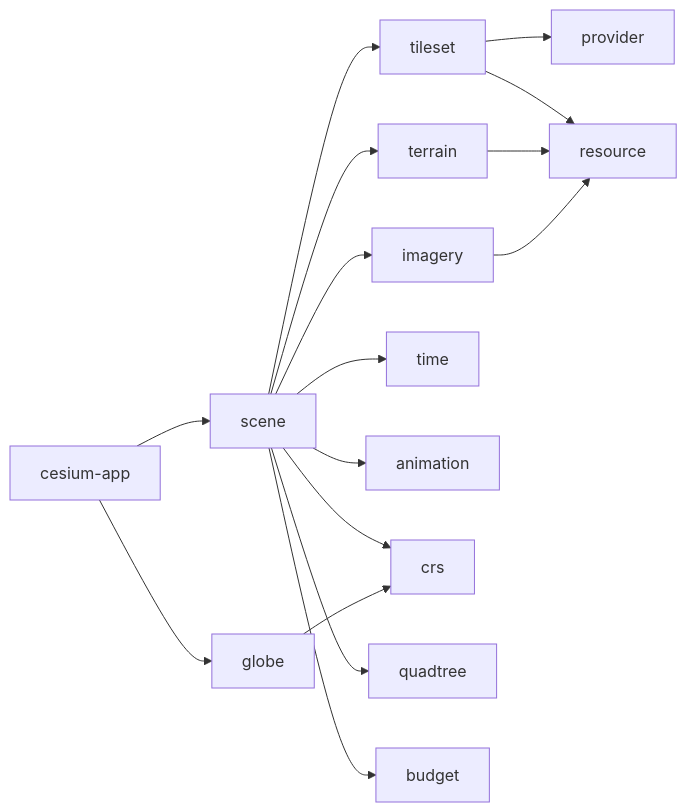
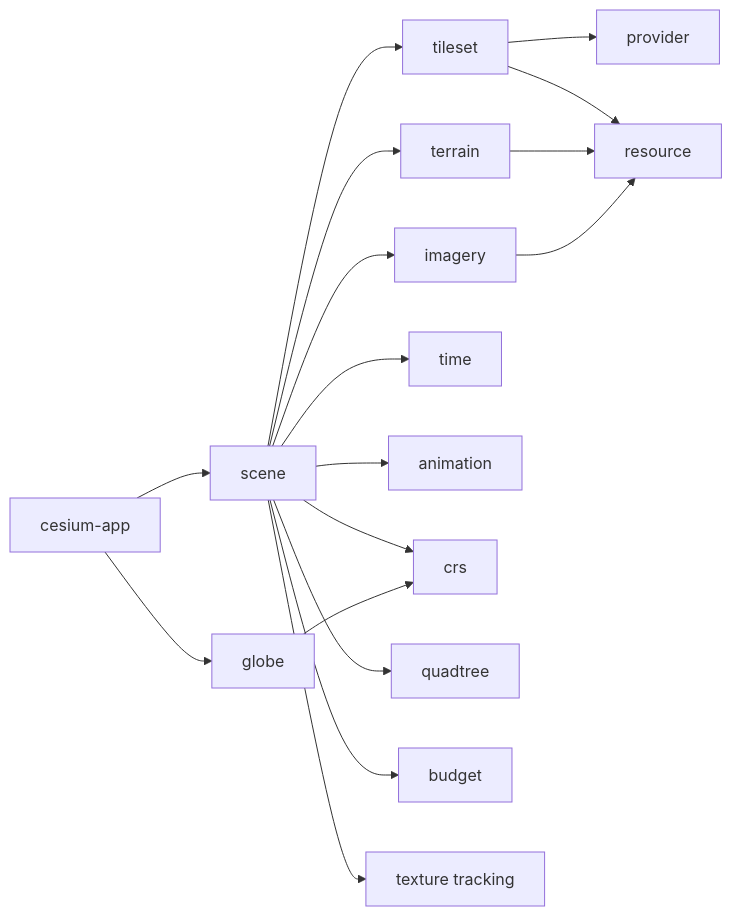
Diagram 14 of 14 in .qoder/repowiki/zh/content/核心概念/渲染管线与场景图/动态地球渲染系统.md (rzhangjing/cesium), drawn with Mermaid before and after one commit. The commit also changed other lines of this file and 6 other files, not shown here.

````diff
--- a/.qoder/repowiki/zh/content/核心概念/渲染管线与场景图/动态地球渲染系统.md
+++ b/.qoder/repowiki/zh/content/核心概念/渲染管线与场景图/动态地球渲染系统.md
@@ -465,18 +534,19 @@
 ```mermaid
 graph LR
 App["cesium-app"] --> DomainGlobe["globe"]
 App --> DomainScene["scene"]
 DomainScene --> DomainTerrain["terrain"]
 DomainScene --> DomainImagery["imagery"]
 DomainScene --> DomainTileset["tileset"]
 DomainScene --> DomainTime["time"]
 DomainScene --> DomainAnimation["animation"]
 DomainScene --> DomainCRS["crs"]
 DomainTileset --> DomainResource["resource"]
 DomainTileset --> DomainProvider["provider"]
 DomainTerrain --> DomainResource
 DomainImagery --> DomainResource
 DomainGlobe --> DomainCRS
 DomainScene --> DomainQuadtree["quadtree"]
 DomainScene --> DomainBudget["budget"]
+DomainScene --> DomainTextureTrack["texture tracking"]
 ```
````
